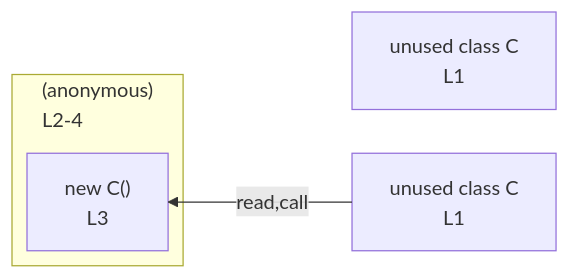
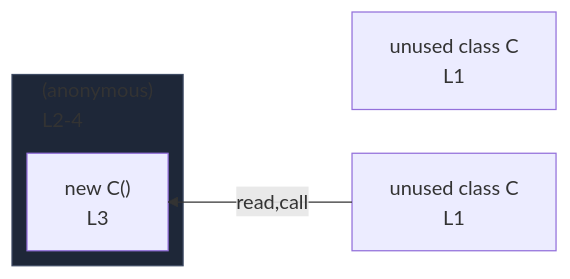
The diagram in integration/fixtures/class/declaration/recursive-only/preview.md (crescware/unsnarl), drawn with Mermaid before and after one commit. The commit also changed 249 other files, not shown here.

First line of the commit message:
Color Mermaid subgraphs by nesting depth via theme palette

````diff
--- a/integration/fixtures/class/declaration/recursive-only/preview.md
+++ b/integration/fixtures/class/declaration/recursive-only/preview.md
@@ -15,11 +15,13 @@
 ```mermaid
 %%{init: {"flowchart": {"defaultRenderer": "elk"}}}%%
 flowchart RL
   n_scope_0_C_6["unused class C<br/>L1"]
   n_scope_1_C_6["unused class C<br/>L1"]
   subgraph s_scope_2["(anonymous)<br/>L2-4"]
     direction RL
     expr_stmt_22["new C()<br/>L3"]
   end
   n_scope_1_C_6 -->|read,call| expr_stmt_22
+  classDef nestL1 fill:#1e2738,stroke:#3d4a63;
+  class s_scope_2 nestL1;
 ```
````
